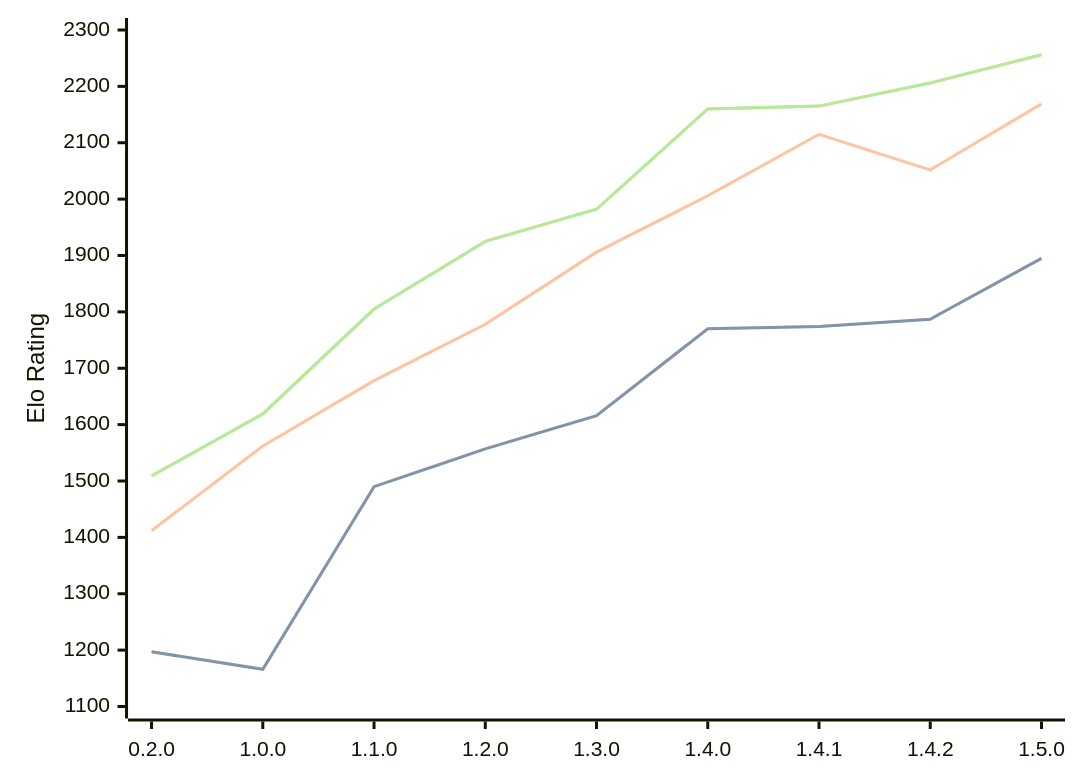
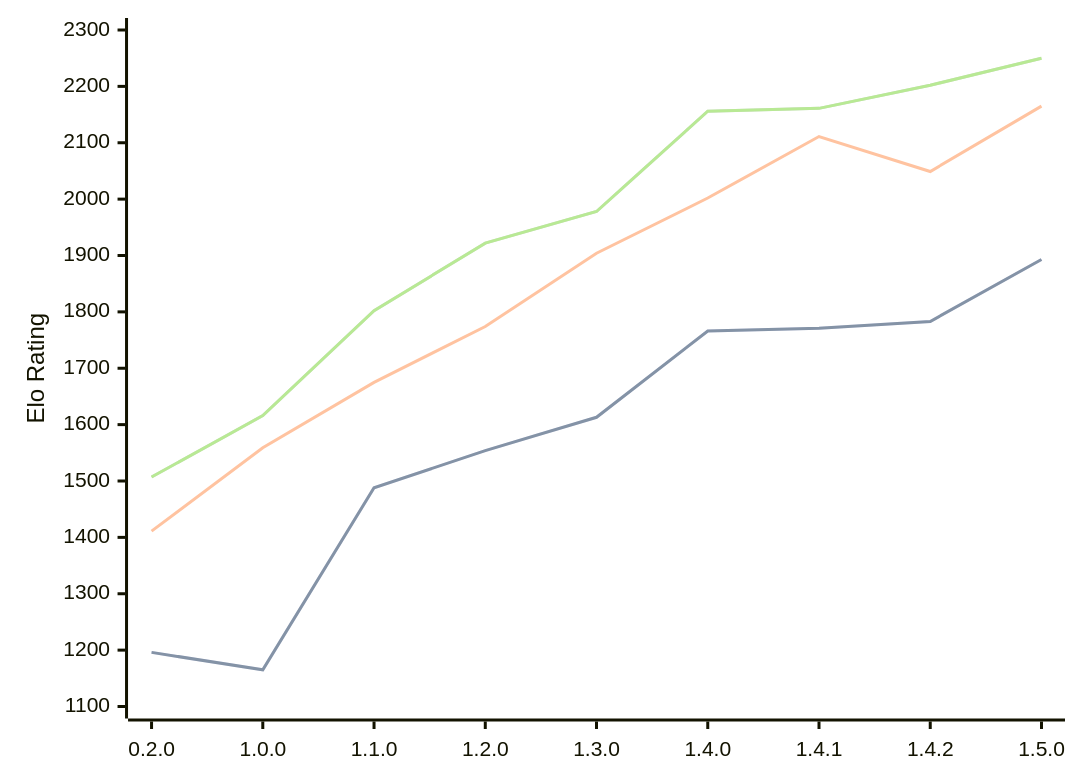
Before and after one commit to computer-chess-index/cci: the third of 3 diagrams in engines/Zeppelin.md, drawn with Mermaid. The commit also changed other lines of this file, not shown here.

Commit message:
Update CCI Ratings (ELO VLTC) - 2026-07-16

````diff
--- a/engines/Zeppelin.md
+++ b/engines/Zeppelin.md
@@ -74,11 +74,11 @@
 ```mermaid
 %%{init: {"theme":"base","themeVariables":{"seriesColors:['#a3a3a3','#222221','#faa371']}}}%%
 xychart-beta
   x-axis ["0.2.0", "1.0.0", "1.1.0", "1.2.0", "1.3.0", "1.4.0", "1.4.1", "1.4.2", "1.5.0"]
   y-axis "Elo Rating" 1100 --> 2300
-  line "STC (8.0+0.08s)" [1197, 1166, 1490, 1557, 1616, 1770, 1774, 1787, 1895]
-  line "STC (8.0+0.08s)" [1197, 1166, 1490, 1557, 1616, 1770, 1774, 1787, 1895]
-  line "LTC (60.0+0.60s)" [1412, 1562, 1678, 1778, 1906, 2006, 2115, 2052, 2169]
-  line "VLTC (2m24s+1.12s)" [1509, 1619, 1805, 1925, 1982, 2160, 2165, 2206, 2256]
-  line "VLTC (2m24s+1.12s)" [1509, 1619, 1805, 1925, 1982, 2160, 2165, 2206, 2256]
+  line "STC (8.0+0.08s)" [1196, 1165, 1488, 1554, 1613, 1766, 1771, 1783, 1893]
+  line "STC (8.0+0.08s)" [1196, 1165, 1488, 1554, 1613, 1766, 1771, 1783, 1893]
+  line "LTC (60.0+0.60s)" [1411, 1559, 1675, 1774, 1904, 2002, 2111, 2049, 2165]
+  line "VLTC (2m24s+1.12s)" [1507, 1616, 1802, 1922, 1978, 2156, 2161, 2202, 2250]
+  line "VLTC (2m24s+1.12s)" [1507, 1616, 1802, 1922, 1978, 2156, 2161, 2202, 2250]
 ```
````
